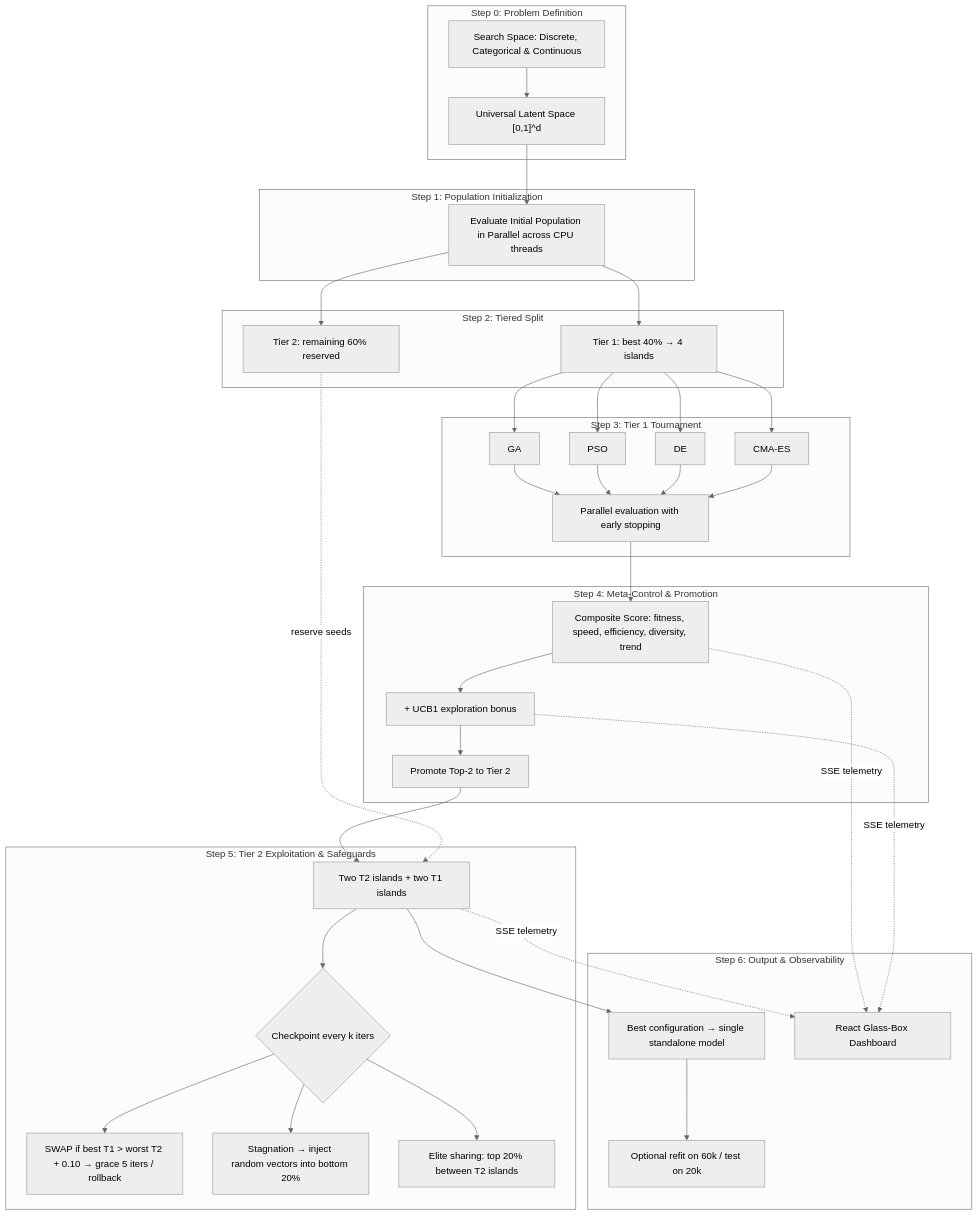
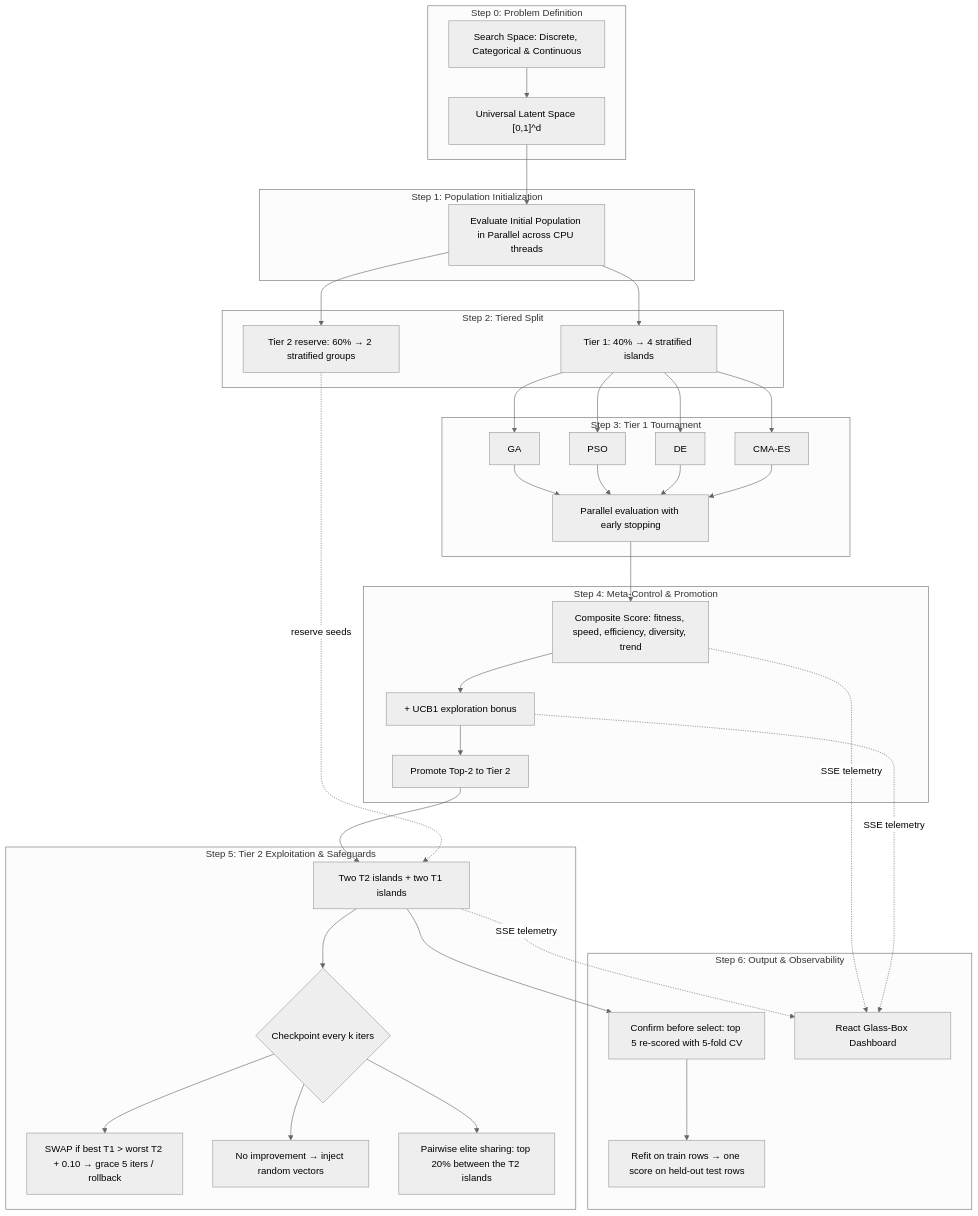
One commit to paarthureddy/EvoSynth changed the diagram in handbook/01-overview-and-motivation.md. Above: the diagram before and after it, drawn with Mermaid (neutral theme). The commit also changed other lines of this file and 7 other files, not shown here.

````diff
--- a/handbook/01-overview-and-motivation.md
+++ b/handbook/01-overview-and-motivation.md
@@ -85,35 +85,35 @@
 ```mermaid
 flowchart TD
     subgraph Step0["Step 0: Problem Definition"]
         A[Search Space: Discrete, Categorical & Continuous] --> B["Universal Latent Space [0,1]^d"]
     end
     subgraph Step1["Step 1: Population Initialization"]
         B --> C[Evaluate Initial Population in Parallel across CPU threads]
     end
     subgraph Step2["Step 2: Tiered Split"]
-        C --> D1[Tier 1: best 40% → 4 islands]
-        C --> D2[Tier 2: remaining 60% reserved]
+        C --> D1[Tier 1: 40% → 4 stratified islands]
+        C --> D2[Tier 2 reserve: 60% → 2 stratified groups]
     end
     subgraph Step3["Step 3: Tier 1 Tournament"]
         D1 --> E1[GA] & E2[PSO] & E3[DE] & E4[CMA-ES]
         E1 & E2 & E3 & E4 --> F[Parallel evaluation with early stopping]
     end
     subgraph Step4["Step 4: Meta-Control & Promotion"]
         F --> G[Composite Score: fitness, speed, efficiency, diversity, trend]
         G --> H[+ UCB1 exploration bonus]
         H --> I[Promote Top-2 to Tier 2]
     end
     subgraph Step5["Step 5: Tier 2 Exploitation & Safeguards"]
         I --> J1[Two T2 islands + two T1 islands]
         D2 -. reserve seeds .-> J1
         J1 --> S{Checkpoint every k iters}
         S --> SW[SWAP if best T1 > worst T2 + 0.10 → grace 5 iters / rollback]
-        S --> ST[Stagnation → inject random vectors into bottom 20%]
-        S --> EL[Elite sharing: top 20% between T2 islands]
+        S --> ST[No improvement → inject random vectors]
+        S --> EL[Pairwise elite sharing: top 20% between the T2 islands]
     end
     subgraph Step6["Step 6: Output & Observability"]
-        J1 --> O[Best configuration → single standalone model]
-        O --> R[Optional refit on 60k / test on 20k]
+        J1 --> O[Confirm before select: top 5 re-scored with 5-fold CV]
+        O --> R[Refit on train rows → one score on held-out test rows]
         G & H & J1 -. SSE telemetry .-> Q[React Glass-Box Dashboard]
     end
 ```
````
